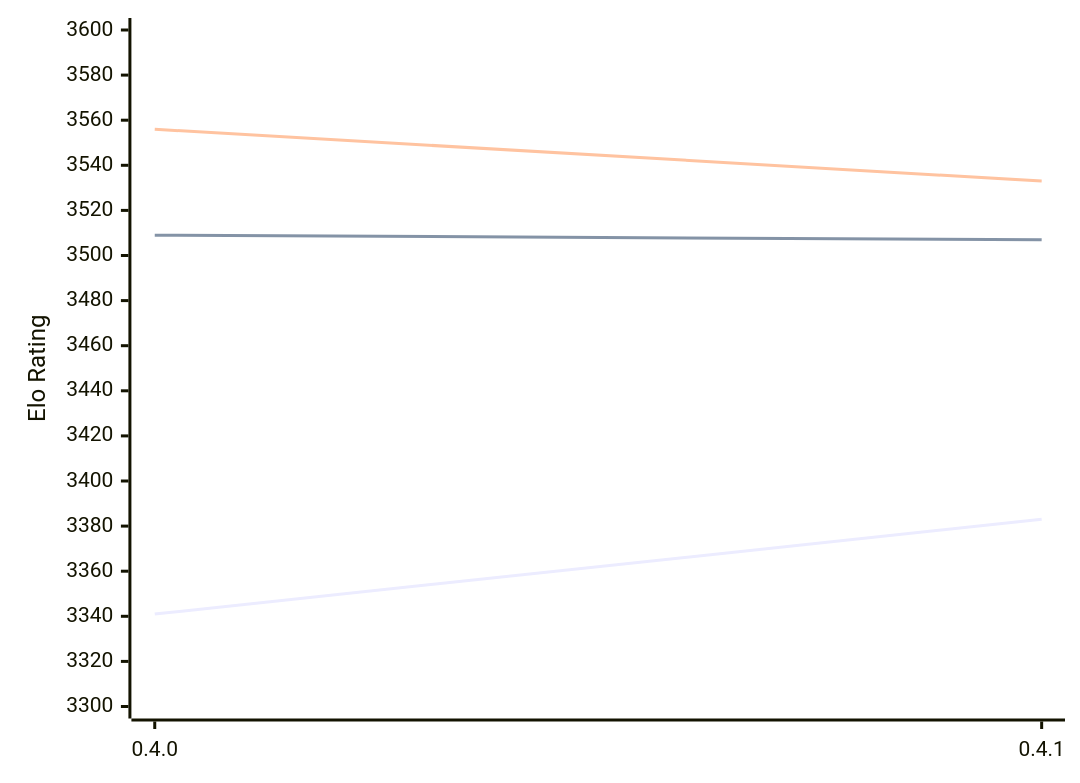
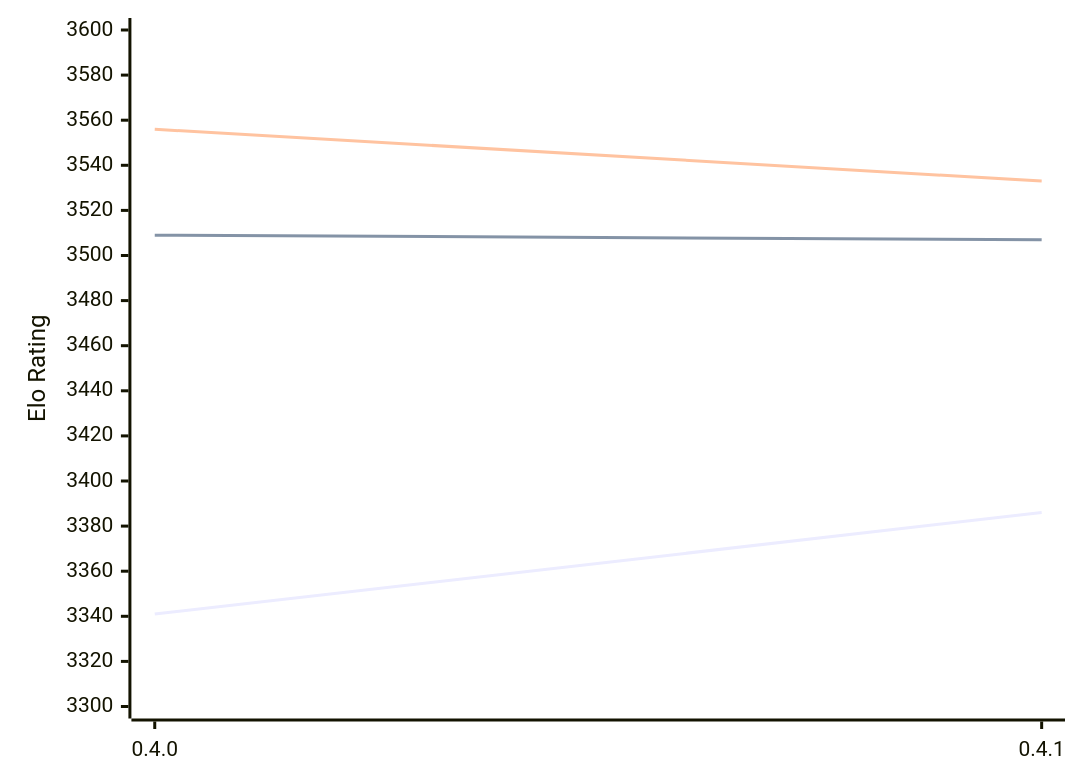
The diagram in engines/Cinder.md (computer-chess-index/cci), drawn with Mermaid before and after one commit. The commit also changed other lines of this file, not shown here.

````diff
--- a/engines/Cinder.md
+++ b/engines/Cinder.md
@@ -37,9 +37,9 @@
 ```mermaid
 %%{init: {"theme":"base","themeVariables":{"seriesColors:['#a3a3a3','#222221','#faa371']}}}%%
 xychart-beta
   x-axis ["0.4.0", "0.4.1"]
   y-axis "Elo Rating" 3300 --> 3600
-  line "STC (8.0+0.08s)" [3341, 3383]
+  line "STC (8.0+0.08s)" [3341, 3386]
   line "LTC (60.0+0.60s)" [3509, 3507]
   line "VLTC (2m24s+1.12s)" [3556, 3533]
 ```
````
